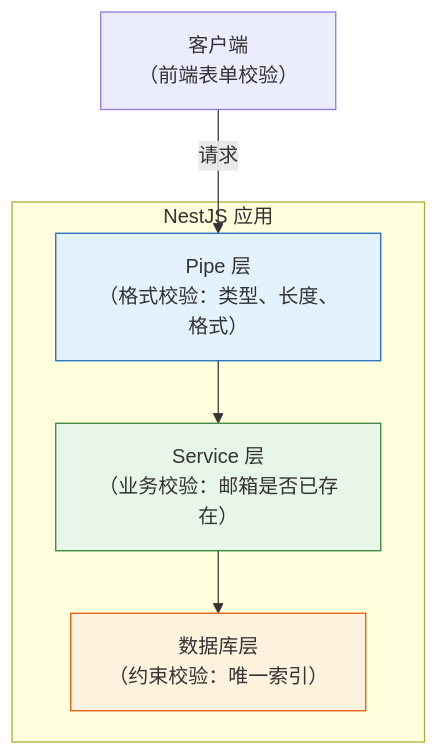
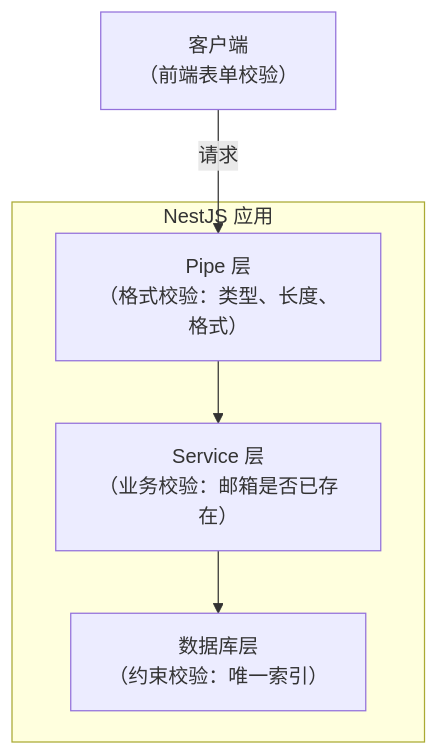
Before and after one commit to luohuidong/auth-tutorial: the first of 3 diagrams in docs/register-login-api.md, drawn with Mermaid. The commit also changed other lines of this file and 8 other files, not shown here.

First line of the commit message:
docs: 移除 mermaid 图表硬编码颜色以兼容 light/dark theme

````diff
--- a/docs/register-login-api.md
+++ b/docs/register-login-api.md
@@ -49,15 +49,12 @@
 ```mermaid
 graph TB
     A["客户端\n（前端表单校验）"] -->|"请求"| B
 
     subgraph "NestJS 应用"
         B["Pipe 层\n（格式校验：类型、长度、格式）"]
         C["Service 层\n（业务校验：邮箱是否已存在）"]
         D["数据库层\n（约束校验：唯一索引）"]
         B --> C --> D
     end
 
-    style B fill:#e3f2fd,stroke:#1565c0
-    style C fill:#e8f5e9,stroke:#2e7d32
-    style D fill:#fff3e0,stroke:#e65100
 ```
````
